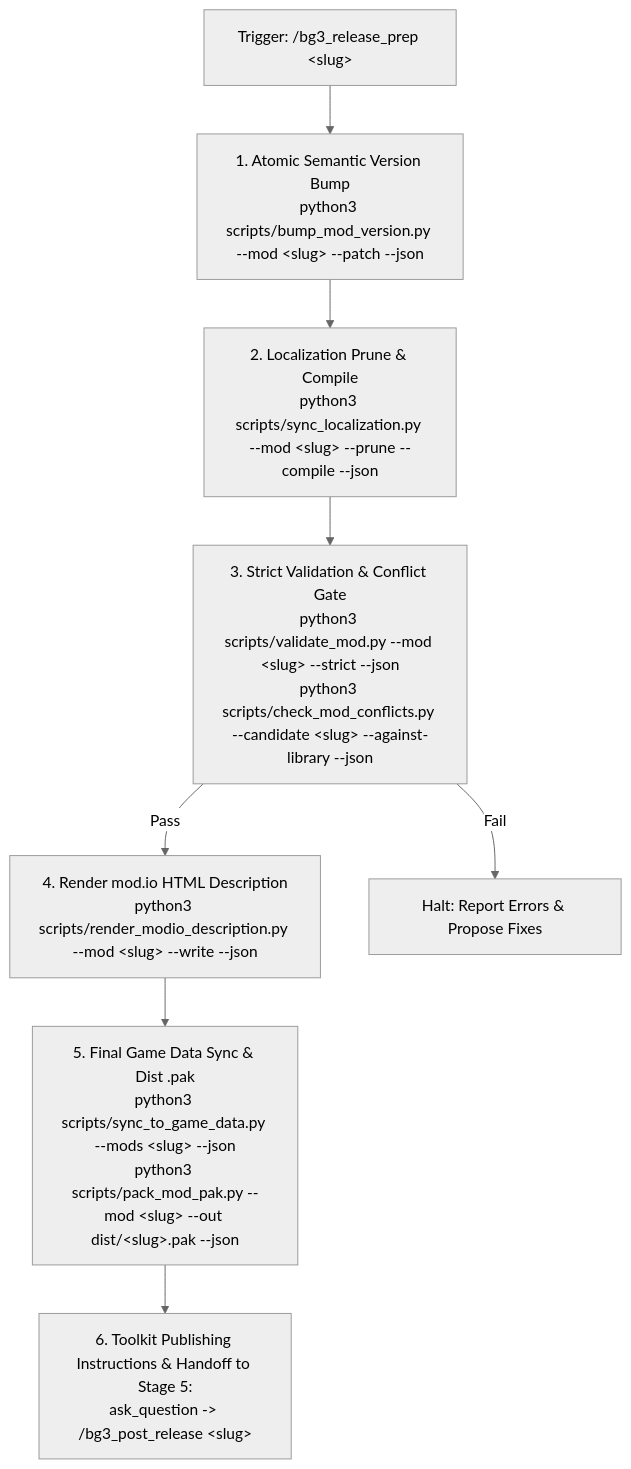
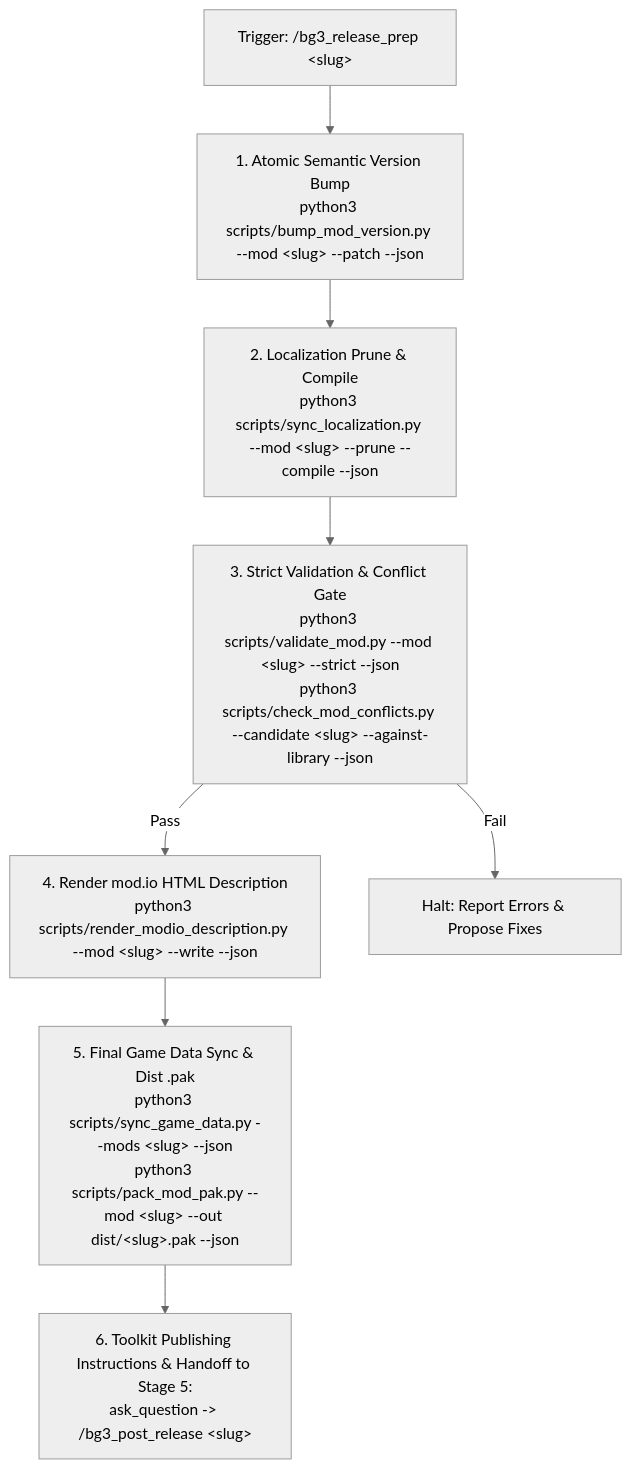
The diagram in .agents/skills/bg3_release_prep/SKILL.md (jpelton-stroud/bg3-mod-studio), drawn with Mermaid (neutral theme) before and after one commit. The commit also changed other lines of this file and 17 other files, not shown here.

First line of the commit message:
feat(scripts): support multi-deps in add_mod_dependency and update sync tooling (#29)

````diff
--- a/.agents/skills/bg3_release_prep/SKILL.md
+++ b/.agents/skills/bg3_release_prep/SKILL.md
@@ -27,18 +27,18 @@
 ```mermaid
 flowchart TD
     Trigger["Trigger: /bg3_release_prep &lt;slug&gt;"] --> Step1["1. Atomic Semantic Version Bump
 python3 scripts/bump_mod_version.py --mod &lt;slug&gt; --patch --json"]
     Step1 --> Step2["2. Localization Prune & Compile
 python3 scripts/sync_localization.py --mod &lt;slug&gt; --prune --compile --json"]
     Step2 --> Step3["3. Strict Validation & Conflict Gate
 python3 scripts/validate_mod.py --mod &lt;slug&gt; --strict --json
 python3 scripts/check_mod_conflicts.py --candidate &lt;slug&gt; --against-library --json"]
     Step3 -->|Pass| Step4["4. Render mod.io HTML Description
 python3 scripts/render_modio_description.py --mod &lt;slug&gt; --write --json"]
     Step3 -->|Fail| Halt["Halt: Report Errors & Propose Fixes"]
     Step4 --> Step5["5. Final Game Data Sync & Dist .pak
-python3 scripts/sync_to_game_data.py --mods &lt;slug&gt; --json
+python3 scripts/sync_game_data.py --mods &lt;slug&gt; --json
 python3 scripts/pack_mod_pak.py --mod &lt;slug&gt; --out dist/&lt;slug&gt;.pak --json"]
     Step5 --> Step6["6. Toolkit Publishing Instructions & Handoff to Stage 5:
 ask_question -> /bg3_post_release &lt;slug&gt;"]
 ```
````
